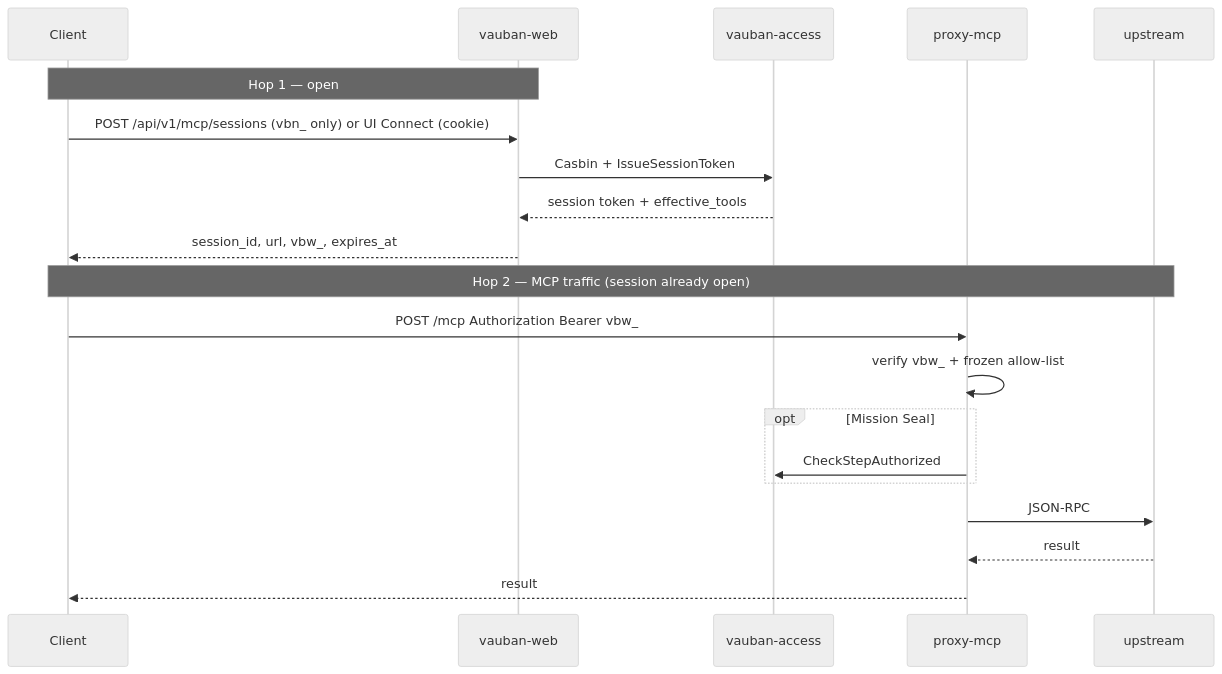
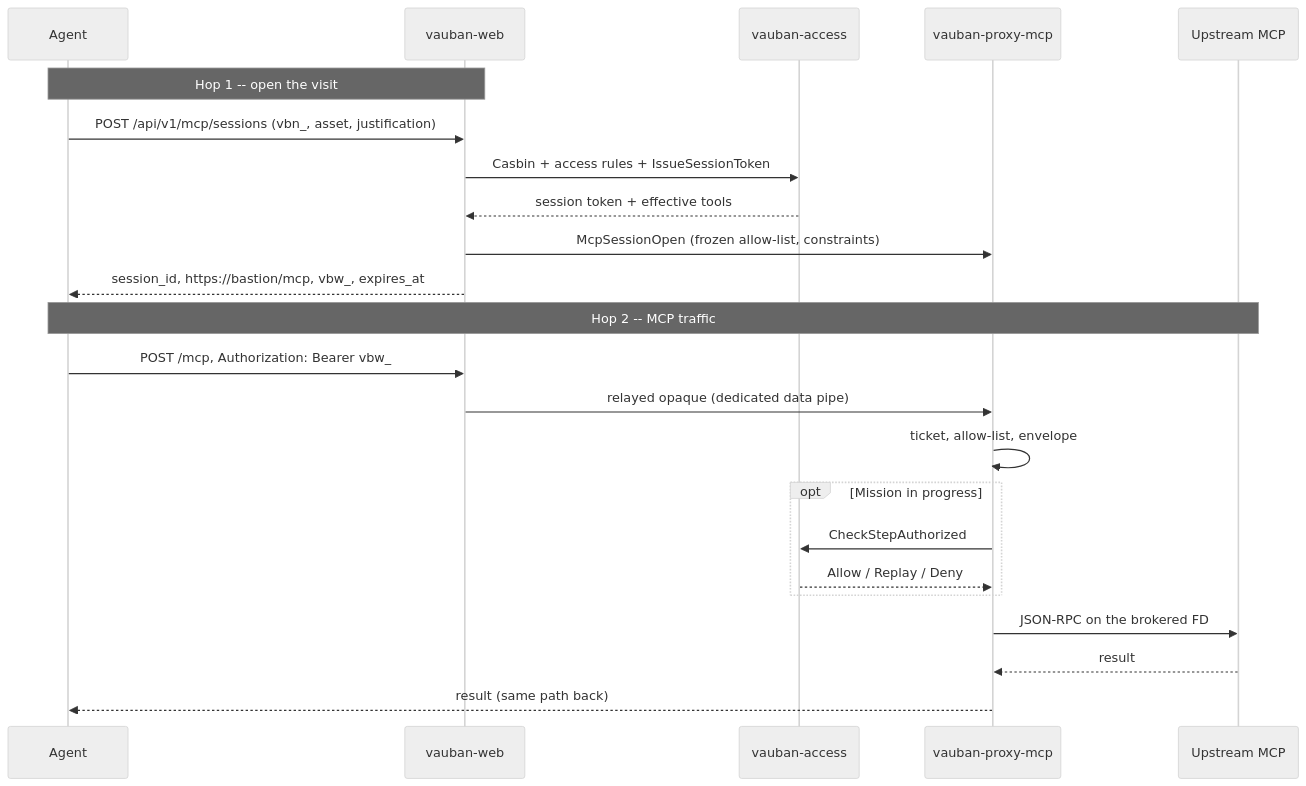
One commit to rbenaley/Vauban changed the second of 8 diagrams in docs/technical/Vauban_MCP_Architecture_EN(1.0).md. Above: the diagram before and after it, drawn with Mermaid (neutral theme). The commit also changed other lines of this file and 5 other files, not shown here.

````diff
--- a/docs/technical/Vauban_MCP_Architecture_EN(1.0).md
+++ b/docs/technical/Vauban_MCP_Architecture_EN(1.0).md
@@ -66,24 +148,27 @@
 ```mermaid
 sequenceDiagram
-  participant C as Client
+  participant C as Agent
   participant W as vauban-web
   participant A as vauban-access
-  participant P as proxy-mcp
-  participant U as upstream
+  participant P as vauban-proxy-mcp
+  participant U as Upstream MCP
 
-  Note over C,W: Hop 1 — open
-  C->>W: POST /api/v1/mcp/sessions (vbn_ only) or UI Connect (cookie)
-  W->>A: Casbin + IssueSessionToken
-  A-->>W: session token + effective_tools
-  W-->>C: session_id, url, vbw_, expires_at
+  Note over C,W: Hop 1 -- open the visit
+  C->>W: POST /api/v1/mcp/sessions (vbn_, asset, justification)
+  W->>A: Casbin + access rules + IssueSessionToken
+  A-->>W: session token + effective tools
+  W->>P: McpSessionOpen (frozen allow-list, constraints)
+  W-->>C: session_id, https://bastion/mcp, vbw_, expires_at
 
-  Note over C,U: Hop 2 — MCP traffic (session already open)
-  C->>P: POST /mcp Authorization Bearer vbw_
-  P->>P: verify vbw_ + frozen allow-list
-  opt Mission Seal
+  Note over C,U: Hop 2 -- MCP traffic
+  C->>W: POST /mcp, Authorization: Bearer vbw_
+  W->>P: relayed opaque (dedicated data pipe)
+  P->>P: ticket, allow-list, envelope
+  opt Mission in progress
     P->>A: CheckStepAuthorized
+    A-->>P: Allow / Replay / Deny
   end
-  P->>U: JSON-RPC
+  P->>U: JSON-RPC on the brokered FD
   U-->>P: result
-  P-->>C: result
+  P-->>C: result (same path back)
 ```
````
